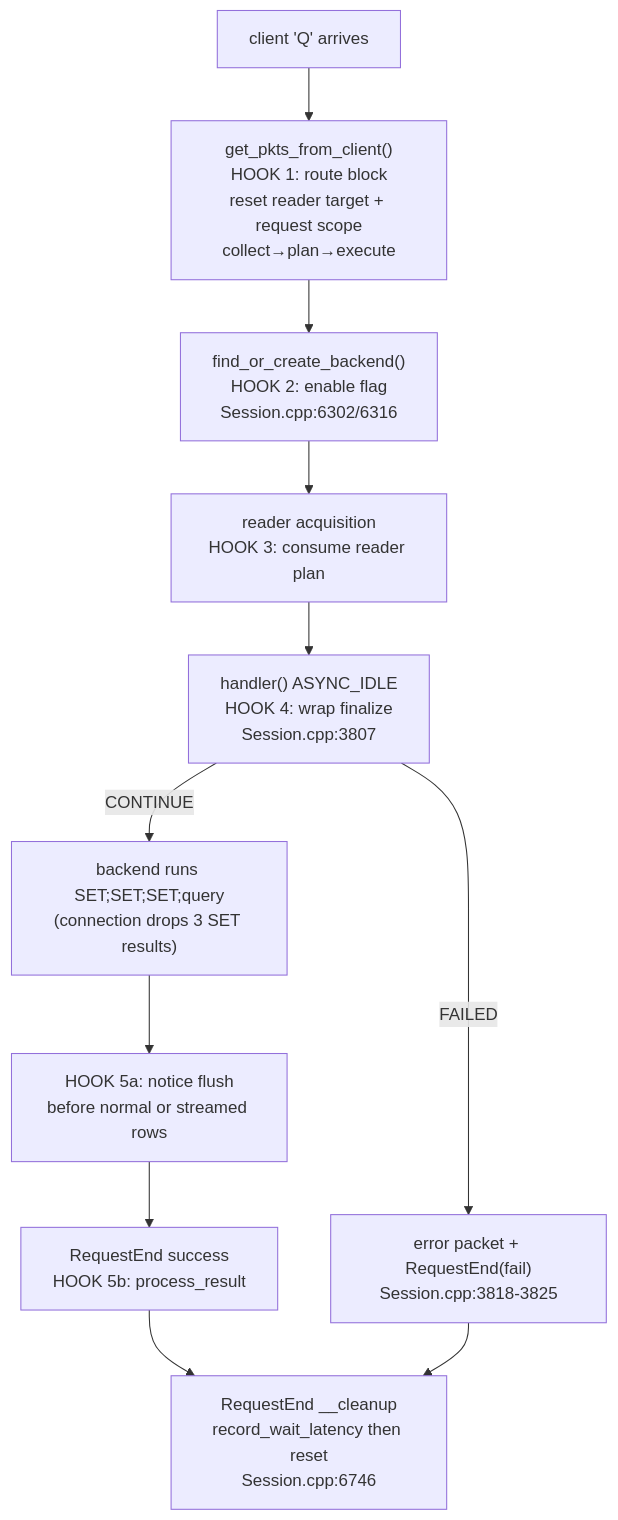
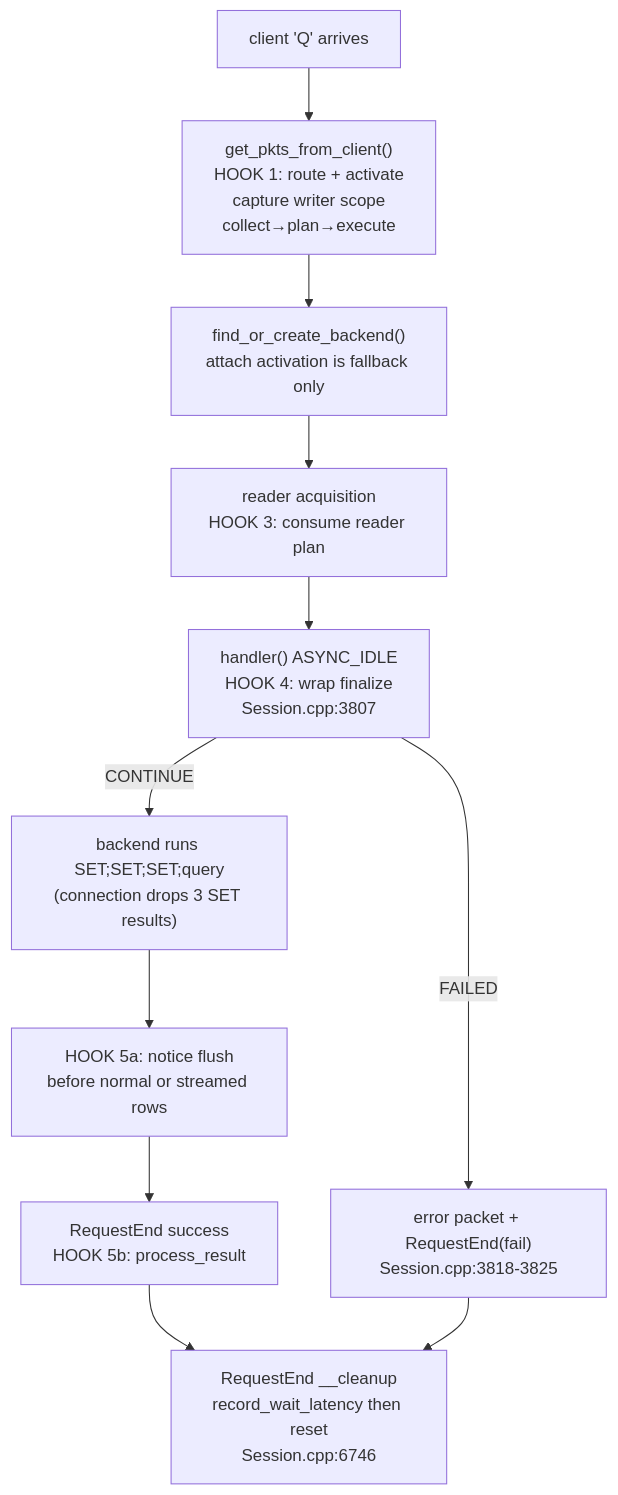
Before and after one commit to awide-labs/polar-proxy: the first of 4 diagrams in doc/polardb-arch/10-SESSION-INTEGRATION.md, drawn with Mermaid. The commit also changed other lines of this file and 29 other files, not shown here.

First line of the commit message:
docs(polardb): document v15_wait extended query flow

````diff
--- a/doc/polardb-arch/10-SESSION-INTEGRATION.md
+++ b/doc/polardb-arch/10-SESSION-INTEGRATION.md
@@ -547,13 +566,13 @@
 ```mermaid
 flowchart TD
-    A["client 'Q' arrives"] --> B["get_pkts_from_client()<br/>HOOK 1: route block<br/>reset reader target + request scope<br/>collect→plan→execute"]
-    B --> C["find_or_create_backend()<br/>HOOK 2: enable flag<br/>Session.cpp:6302/6316"]
+    A["client 'Q' arrives"] --> B["get_pkts_from_client()<br/>HOOK 1: route + activate<br/>capture writer scope<br/>collect→plan→execute"]
+    B --> C["find_or_create_backend()<br/>attach activation is fallback only"]
     C --> D["reader acquisition<br/>HOOK 3: consume reader plan"]
     D --> E["handler() ASYNC_IDLE<br/>HOOK 4: wrap finalize<br/>Session.cpp:3807"]
     E -->|FAILED| F["error packet + RequestEnd(fail)<br/>Session.cpp:3818-3825"]
     E -->|CONTINUE| G["backend runs SET;SET;SET;query<br/>(connection drops 3 SET results)"]
     G --> H["HOOK 5a: notice flush<br/>before normal or streamed rows"]
     H --> I["RequestEnd success<br/>HOOK 5b: process_result"]
     I --> J["RequestEnd __cleanup<br/>record_wait_latency then reset<br/>Session.cpp:6746"]
     F --> J
 ```
````
